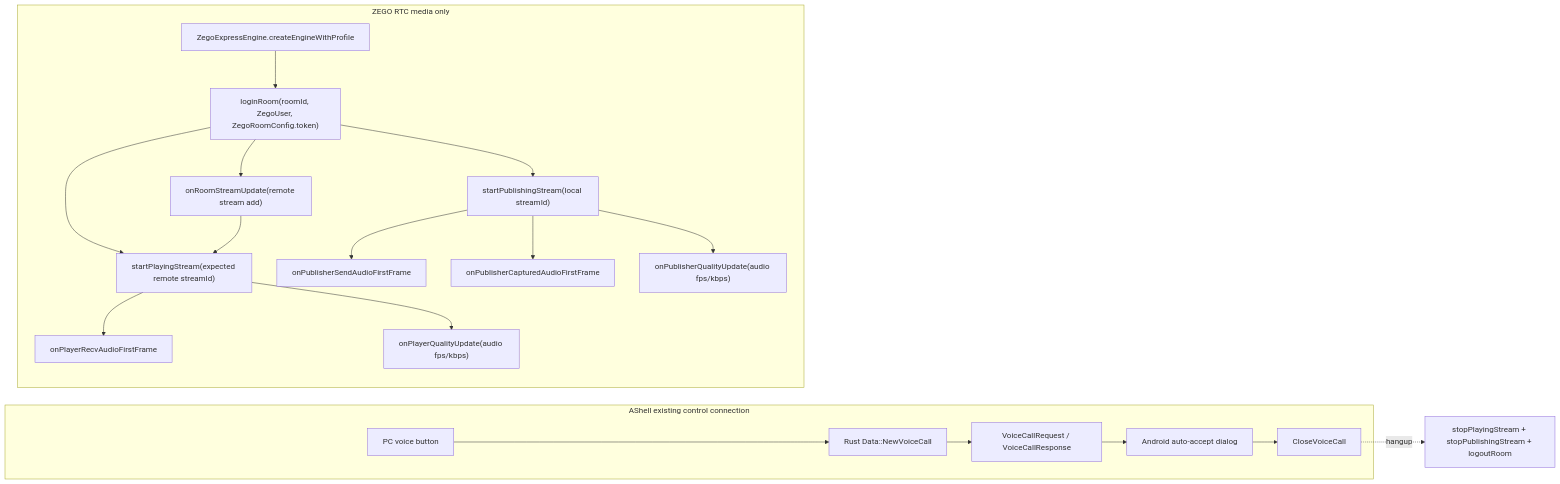
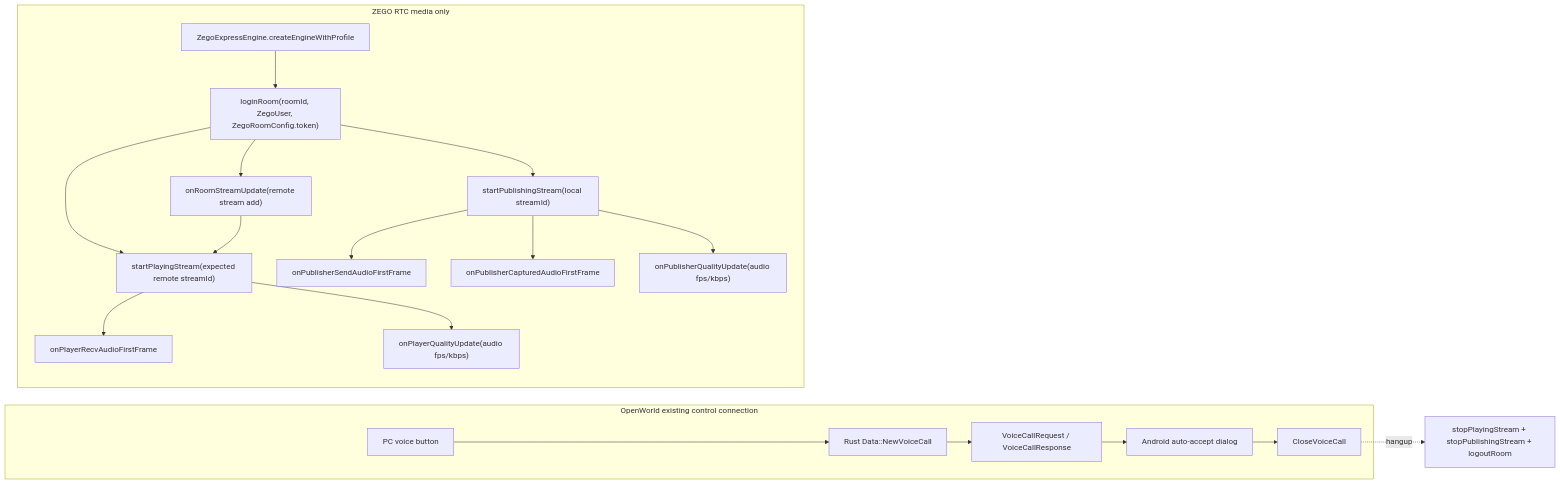
One commit to adb-shell/A-Shell-You changed the second of 3 diagrams in docs/ZEGO_VOICE_CALL_ARCHITECTURE.md. Above: the diagram before and after it, drawn with Mermaid. The commit also changed other lines of this file and 300 other files, not shown here.

````diff
--- a/docs/ZEGO_VOICE_CALL_ARCHITECTURE.md
+++ b/docs/ZEGO_VOICE_CALL_ARCHITECTURE.md
@@ -50,25 +52,25 @@
 ```mermaid
 flowchart LR
-    subgraph Control["AShell existing control connection"]
+    subgraph Control["OpenWorld existing control connection"]
         A["PC voice button"] --> B["Rust Data::NewVoiceCall"]
         B --> C["VoiceCallRequest / VoiceCallResponse"]
         C --> D["Android auto-accept dialog"]
         D --> E["CloseVoiceCall"]
     end
 
     subgraph Media["ZEGO RTC media only"]
         F["ZegoExpressEngine.createEngineWithProfile"]
         F --> G["loginRoom(roomId, ZegoUser, ZegoRoomConfig.token)"]
         G --> H["startPublishingStream(local streamId)"]
         G --> I["startPlayingStream(expected remote streamId)"]
         G --> J["onRoomStreamUpdate(remote stream add)"]
         J --> I
         H --> K["onPublisherSendAudioFirstFrame"]
         H --> N["onPublisherCapturedAudioFirstFrame"]
         I --> L["onPlayerRecvAudioFirstFrame"]
         H --> O["onPublisherQualityUpdate(audio fps/kbps)"]
         I --> P["onPlayerQualityUpdate(audio fps/kbps)"]
     end
 
     E -.hangup.-> M["stopPlayingStream + stopPublishingStream + logoutRoom"]
 ```
````
